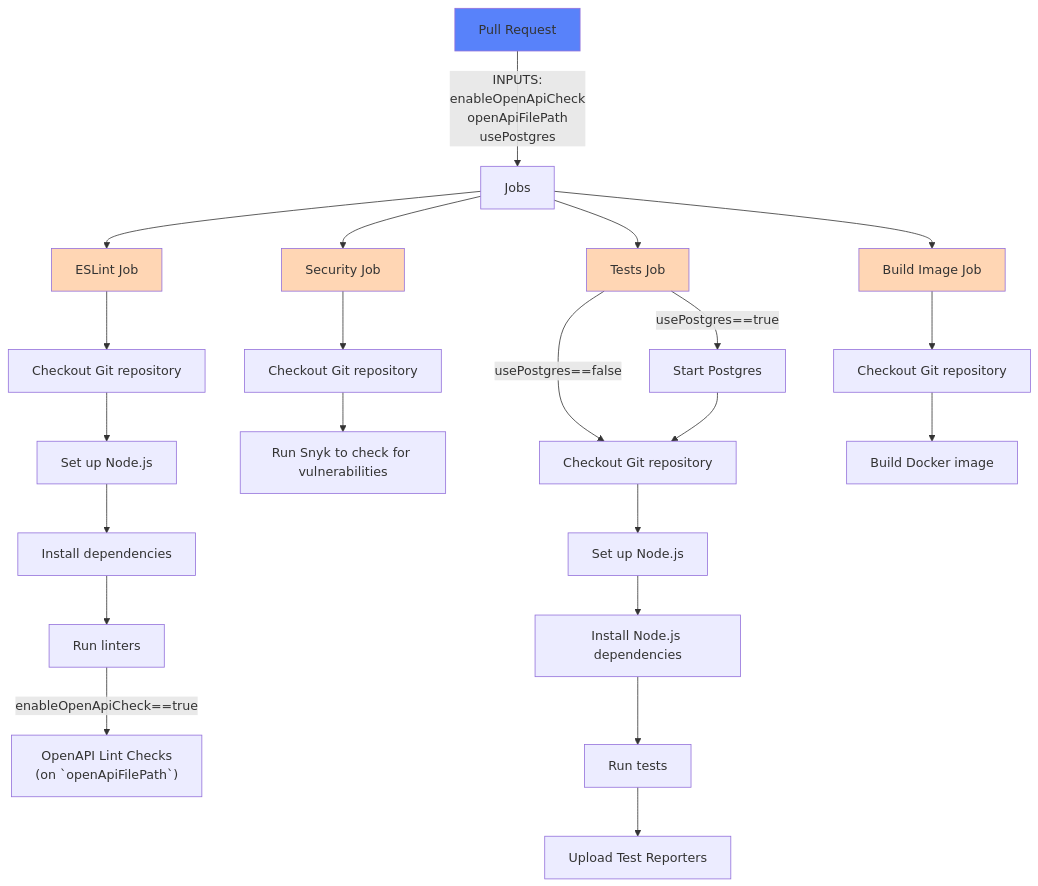
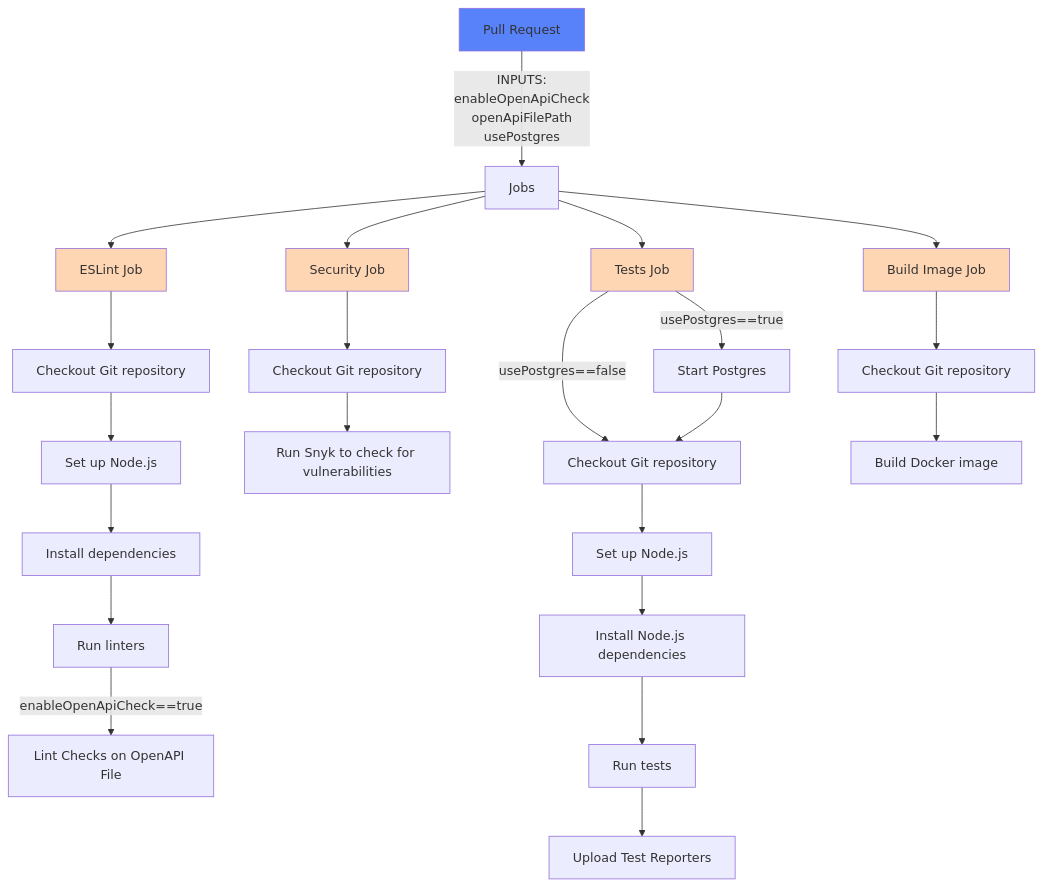
The third of 5 diagrams in README.md (MapColonies/shared-workflows), drawn with Mermaid before and after one commit. The commit also changed other lines of this file, not shown here.

````diff
--- a/README.md
+++ b/README.md
@@ -61,26 +62,26 @@
 ```mermaid
 flowchart TD
     classDef parent fill:#f946
     classDef head fill:#5882FA
     A[Pull Request]:::head -->|INPUTS: \n enableOpenApiCheck \n openApiFilePath \n usePostgres| B[Jobs]
     B --> C[ESLint Job]:::parent
     C --> D[Checkout Git repository]
     D --> E[Set up Node.js]
     E --> F[Install dependencies]
     F --> G[Run linters]
-    G -->|enableOpenApiCheck==true| H["OpenAPI Lint Checks \n (on `openApiFilePath`)"]
+    G -->|enableOpenApiCheck==true| H[Lint Checks on OpenAPI File]
     B --> I[Security Job]:::parent
     I --> J[Checkout Git repository]
     J --> K[Run Snyk to check for vulnerabilities]
     B --> L[Tests Job]:::parent
     L -->|usePostgres==true| N[Start Postgres]
     L -->|usePostgres==false| O[Checkout Git repository]
     N --> O
     O --> P[Set up Node.js]
     P --> Q[Install Node.js dependencies]
     Q --> R[Run tests]
     R --> S[Upload Test Reporters]
     B --> T[Build Image Job]:::parent
     T --> U[Checkout Git repository]
     U --> V[Build Docker image]
 ```
````
